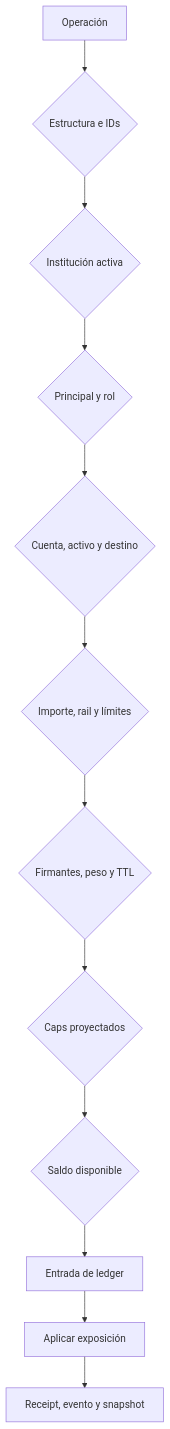
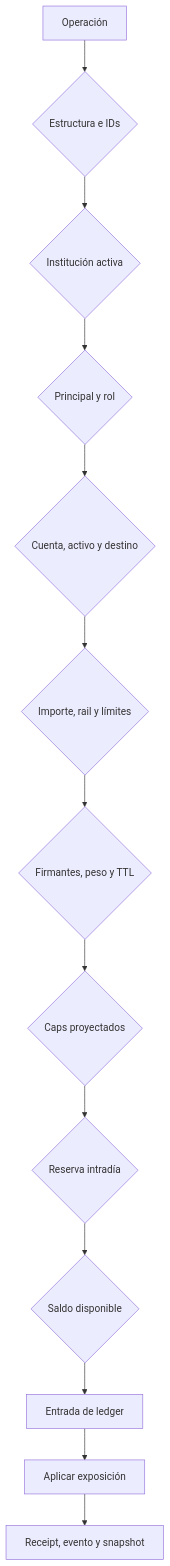
One commit to SolguardLabs/BastilleDTL changed the diagram in docs/modelo-seguridad.md. Above: the diagram before and after it, drawn with Mermaid. The commit also changed other lines of this file and 23 other files, not shown here.

````diff
--- a/docs/modelo-seguridad.md
+++ b/docs/modelo-seguridad.md
@@ -25,14 +25,15 @@
 ```mermaid
 flowchart TD
     Input["Operación"] --> Shape{"Estructura e IDs"}
     Shape --> Institution{"Institución activa"}
     Institution --> Principal{"Principal y rol"}
     Principal --> Account{"Cuenta, activo y destino"}
     Account --> Policy{"Importe, rail y límites"}
     Policy --> Approval{"Firmantes, peso y TTL"}
     Approval --> Exposure{"Caps proyectados"}
-    Exposure --> Funds{"Saldo disponible"}
+    Exposure --> Reserve{"Reserva intradía"}
+    Reserve --> Funds{"Saldo disponible"}
     Funds --> Ledger["Entrada de ledger"]
     Ledger --> Apply["Aplicar exposición"]
     Apply --> Audit["Receipt, evento y snapshot"]
 ```
````
